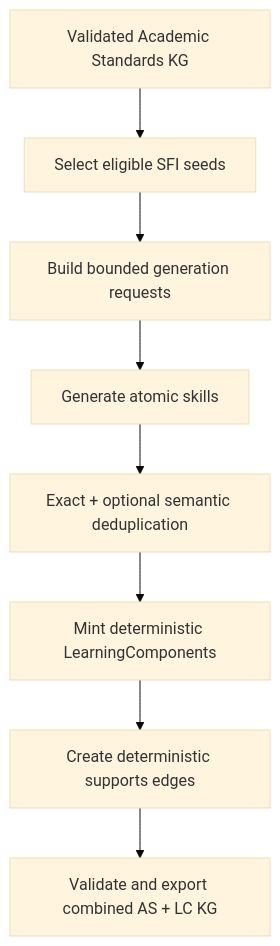
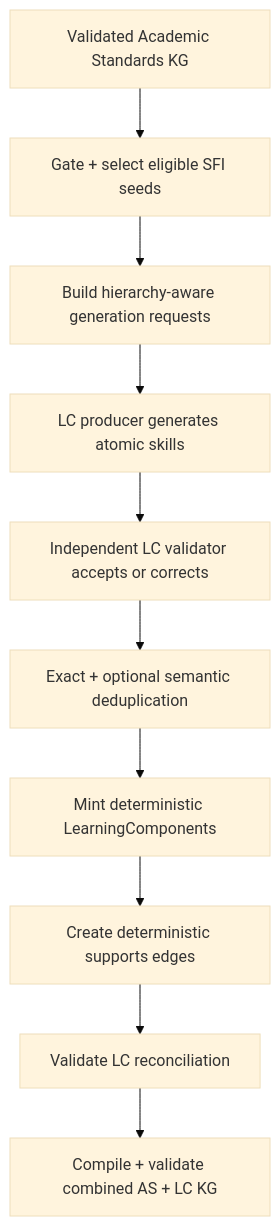
Before and after one commit to IDinsight/KGForEdGlobal: the third of 3 diagrams in docs/architecture.md, drawn with Mermaid (base theme). The commit also changed other lines of this file and 6 other files, not shown here.

````diff
--- a/docs/architecture.md
+++ b/docs/architecture.md
@@ -417,10 +418,12 @@
 ```mermaid
 flowchart TD
-    A[Validated Academic Standards KG] --> B[Select eligible SFI seeds]
-    B --> C[Build bounded generation requests]
-    C --> D[Generate atomic skills]
-    D --> E[Exact + optional semantic deduplication]
-    E --> F[Mint deterministic LearningComponents]
-    F --> G[Create deterministic supports edges]
-    G --> H[Validate and export combined AS + LC KG]
+    A[Validated Academic Standards KG] --> B[Gate + select eligible SFI seeds]
+    B --> C[Build hierarchy-aware generation requests]
+    C --> D[LC producer generates atomic skills]
+    D --> E[Independent LC validator accepts or corrects]
+    E --> F[Exact + optional semantic deduplication]
+    F --> G[Mint deterministic LearningComponents]
+    G --> H[Create deterministic supports edges]
+    H --> I[Validate LC reconciliation]
+    I --> J[Compile + validate combined AS + LC KG]
 ```
````
